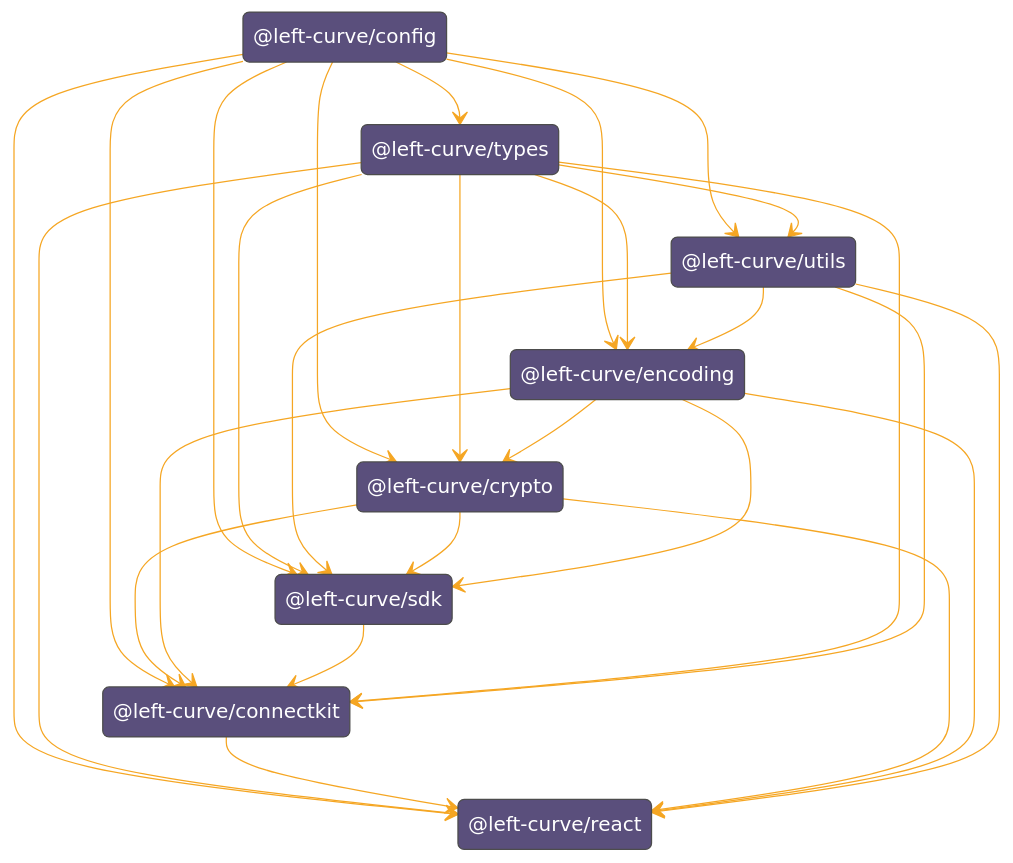
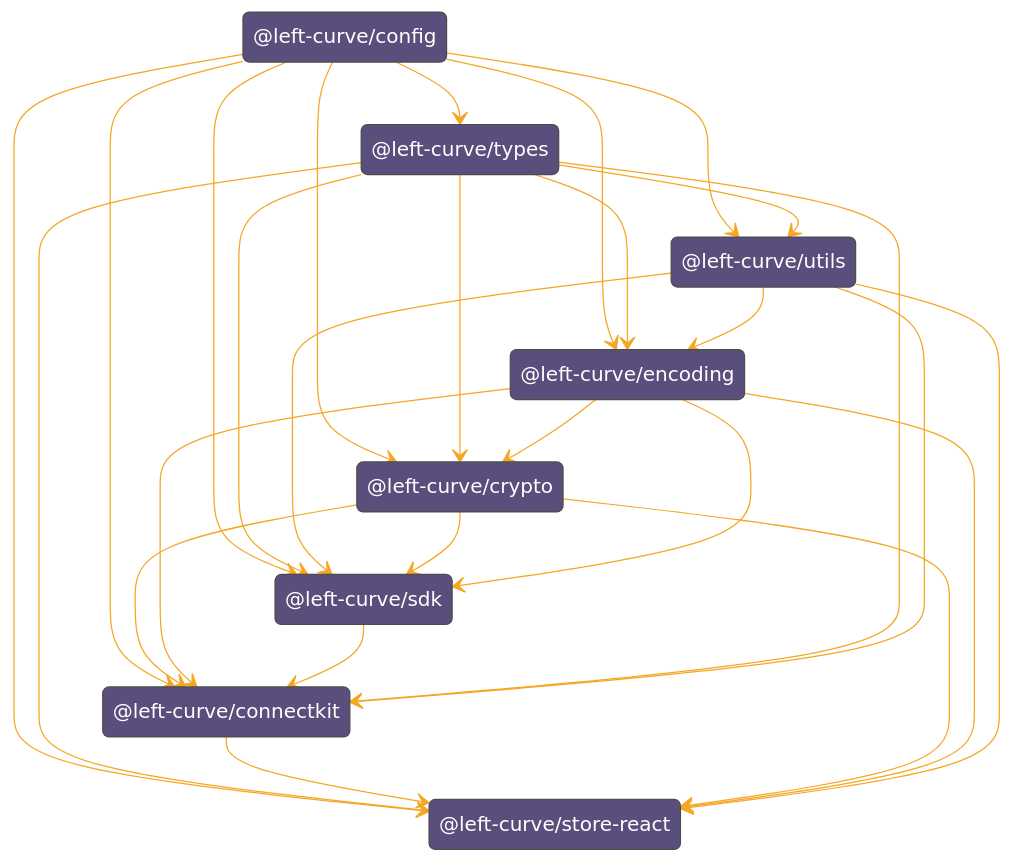
One commit to left-curve/left-curve changed the diagram in sdk/README.md. Above: the diagram before and after it, drawn with Mermaid. The commit also changed 4 other files, not shown here.

Commit message:
chore: rename react to store-react

````diff
--- a/sdk/README.md
+++ b/sdk/README.md
@@ -22,44 +22,44 @@
 ```mermaid
 %%{
   init: {
   'theme': 'base',
   'themeVariables': {"primaryTextColor":"#fff","primaryColor":"#5a4f7c","lineColor":"#f5a623" }
   }
 }%%
 stateDiagram-v2
     state "@left-curve/config" as left_curve_config
     state "@left-curve/types" as left_curve_types
     state "@left-curve/utils" as left_curve_utils
     state "@left-curve/sdk" as left_curve_sdk
     state "@left-curve/crypto" as left_curve_crypto
     state "@left-curve/encoding" as left_curve_encoding
-    state "@left-curve/react" as left_curve_react
+    state "@left-curve/store-react" as left_curve_react
     state "@left-curve/connectkit" as left_curve_connectkit
 
     left_curve_config --> left_curve_types
     left_curve_config --> left_curve_utils
     left_curve_types --> left_curve_utils
     left_curve_config --> left_curve_sdk
     left_curve_types --> left_curve_sdk
     left_curve_utils --> left_curve_sdk
     left_curve_crypto --> left_curve_sdk
     left_curve_encoding --> left_curve_sdk
     left_curve_config --> left_curve_react
     left_curve_types --> left_curve_react
     left_curve_connectkit --> left_curve_react
     left_curve_crypto --> left_curve_react
     left_curve_encoding --> left_curve_react
     left_curve_utils --> left_curve_react
     left_curve_config --> left_curve_encoding
     left_curve_types --> left_curve_encoding
     left_curve_utils --> left_curve_encoding
     left_curve_config --> left_curve_crypto
     left_curve_types --> left_curve_crypto
     left_curve_encoding --> left_curve_crypto
     left_curve_config --> left_curve_connectkit
     left_curve_crypto --> left_curve_connectkit
     left_curve_encoding --> left_curve_connectkit
     left_curve_sdk --> left_curve_connectkit
     left_curve_types --> left_curve_connectkit
     left_curve_utils --> left_curve_connectkit
 ```
````
